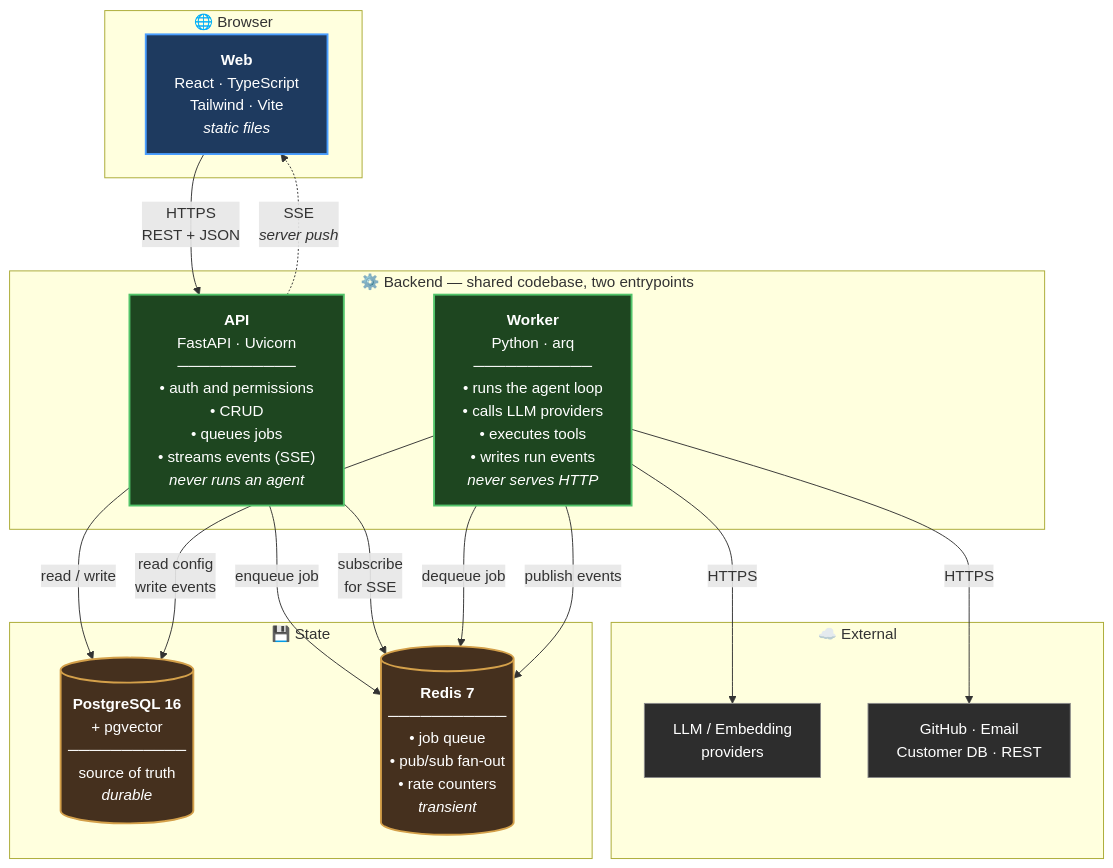
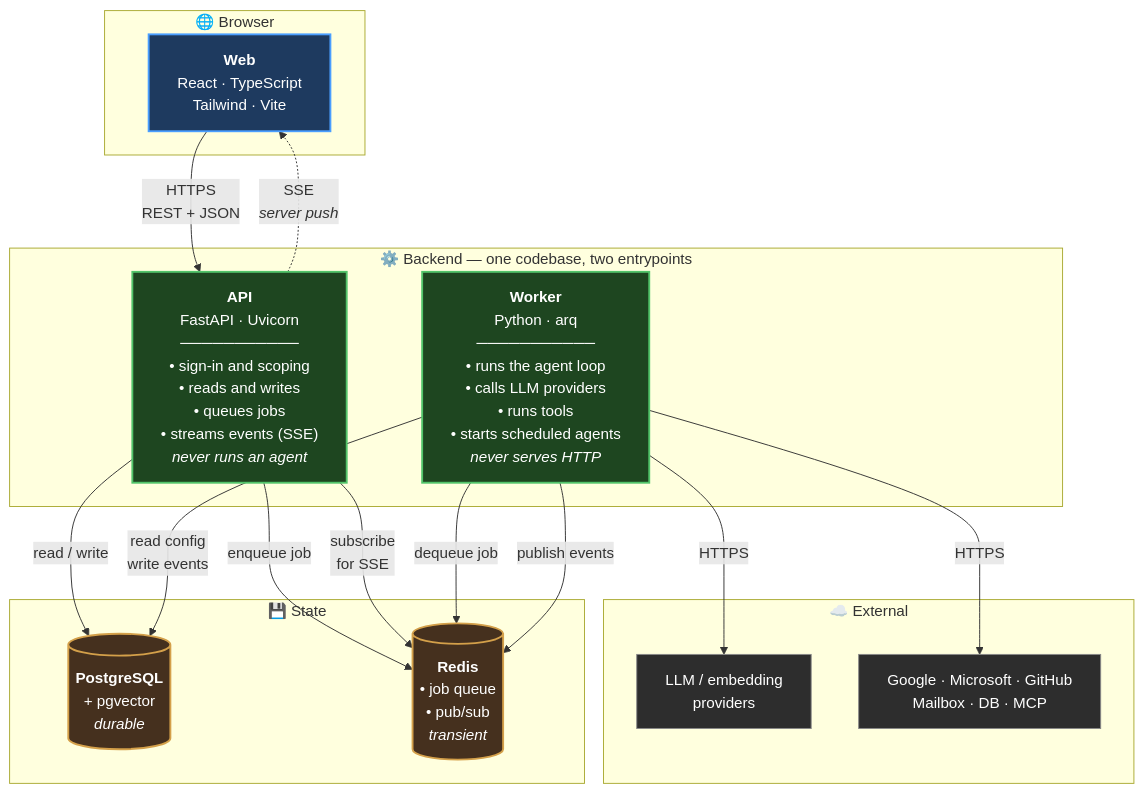
One commit to dharaneechinnu/ai-employee-platform changed the second of 12 diagrams in docs/HLD.md. Above: the diagram before and after it, drawn with Mermaid. The commit also changed other lines of this file and 7 other files, not shown here.

````diff
--- a/docs/HLD.md
+++ b/docs/HLD.md
@@ -205,44 +191,44 @@
 ```mermaid
 graph TB
     subgraph client["🌐 Browser"]
-        WEB["<b>Web</b><br/>React · TypeScript<br/>Tailwind · Vite<br/><i>static files</i>"]
+        WEB["<b>Web</b><br/>React · TypeScript<br/>Tailwind · Vite"]
     end
 
-    subgraph backend["⚙️ Backend — shared codebase, two entrypoints"]
-        API["<b>API</b><br/>FastAPI · Uvicorn<br/>───────────<br/>• auth and permissions<br/>• CRUD<br/>• queues jobs<br/>• streams events (SSE)<br/><i>never runs an agent</i>"]
-        WRK["<b>Worker</b><br/>Python · arq<br/>───────────<br/>• runs the agent loop<br/>• calls LLM providers<br/>• executes tools<br/>• writes run events<br/><i>never serves HTTP</i>"]
+    subgraph backend["⚙️ Backend — one codebase, two entrypoints"]
+        API["<b>API</b><br/>FastAPI · Uvicorn<br/>───────────<br/>• sign-in and scoping<br/>• reads and writes<br/>• queues jobs<br/>• streams events (SSE)<br/><i>never runs an agent</i>"]
+        WRK["<b>Worker</b><br/>Python · arq<br/>───────────<br/>• runs the agent loop<br/>• calls LLM providers<br/>• runs tools<br/>• starts scheduled agents<br/><i>never serves HTTP</i>"]
     end
 
     subgraph data["💾 State"]
-        PG[("<b>PostgreSQL 16</b><br/>+ pgvector<br/>───────────<br/>source of truth<br/><i>durable</i>")]
-        RD[("<b>Redis 7</b><br/>───────────<br/>• job queue<br/>• pub/sub fan-out<br/>• rate counters<br/><i>transient</i>")]
+        PG[("<b>PostgreSQL</b><br/>+ pgvector<br/><i>durable</i>")]
+        RD[("<b>Redis</b><br/>• job queue<br/>• pub/sub<br/><i>transient</i>")]
     end
 
     subgraph ext["☁️ External"]
-        LLM["LLM / Embedding<br/>providers"]
-        TOOLS["GitHub · Email<br/>Customer DB · REST"]
+        LLM["LLM / embedding<br/>providers"]
+        TOOLS["Google · Microsoft · GitHub<br/>Mailbox · DB · MCP"]
     end
 
     WEB -->|"HTTPS<br/>REST + JSON"| API
     API -.->|"SSE<br/><i>server push</i>"| WEB
 
     API -->|"read / write"| PG
     API -->|"enqueue job"| RD
     API -->|"subscribe<br/>for SSE"| RD
 
     WRK -->|"dequeue job"| RD
     WRK -->|"publish events"| RD
     WRK -->|"read config<br/>write events"| PG
 
     WRK -->|"HTTPS"| LLM
     WRK -->|"HTTPS"| TOOLS
 
     classDef webStyle fill:#1e3a5f,stroke:#4a9eff,stroke-width:2px,color:#fff
     classDef apiStyle fill:#1e4620,stroke:#52c46a,stroke-width:2px,color:#fff
     classDef dataStyle fill:#45301e,stroke:#d4a04a,stroke-width:2px,color:#fff
     classDef extStyle fill:#2d2d2d,stroke:#888,color:#fff
     class WEB webStyle
     class API,WRK apiStyle
     class PG,RD dataStyle
     class LLM,TOOLS extStyle
 ```
````
